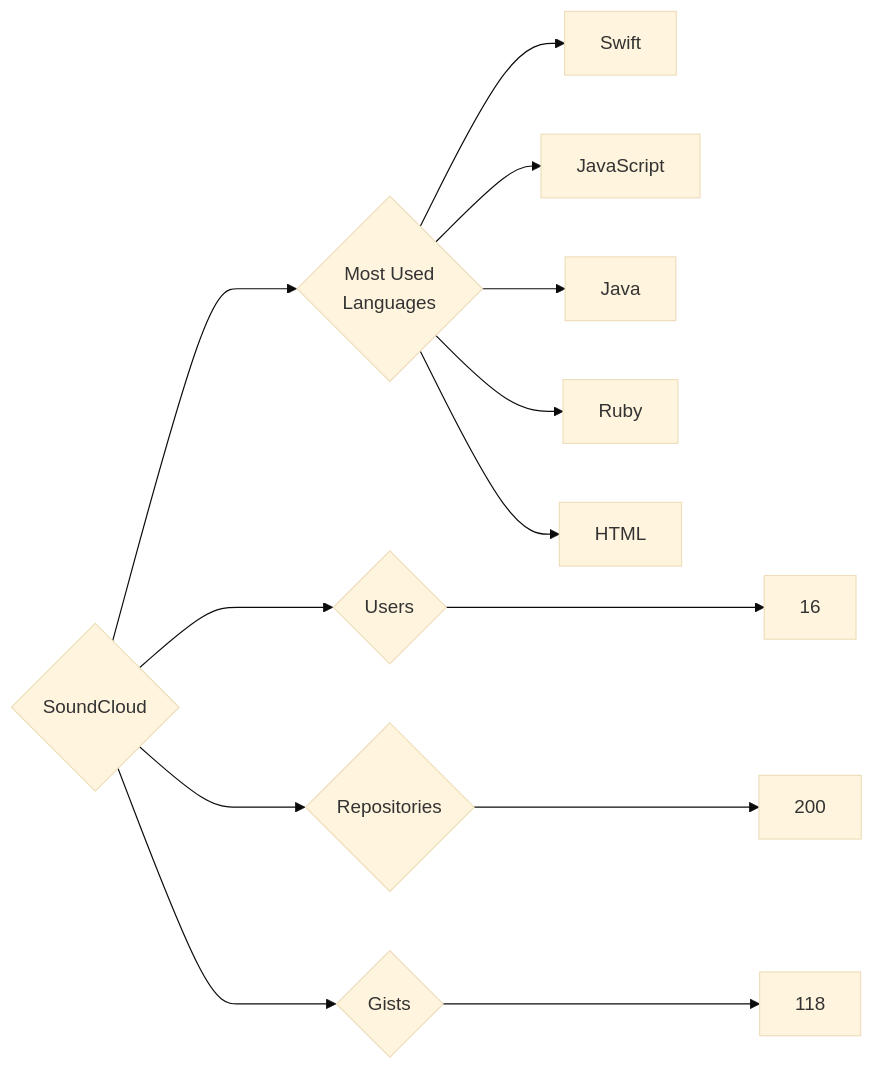
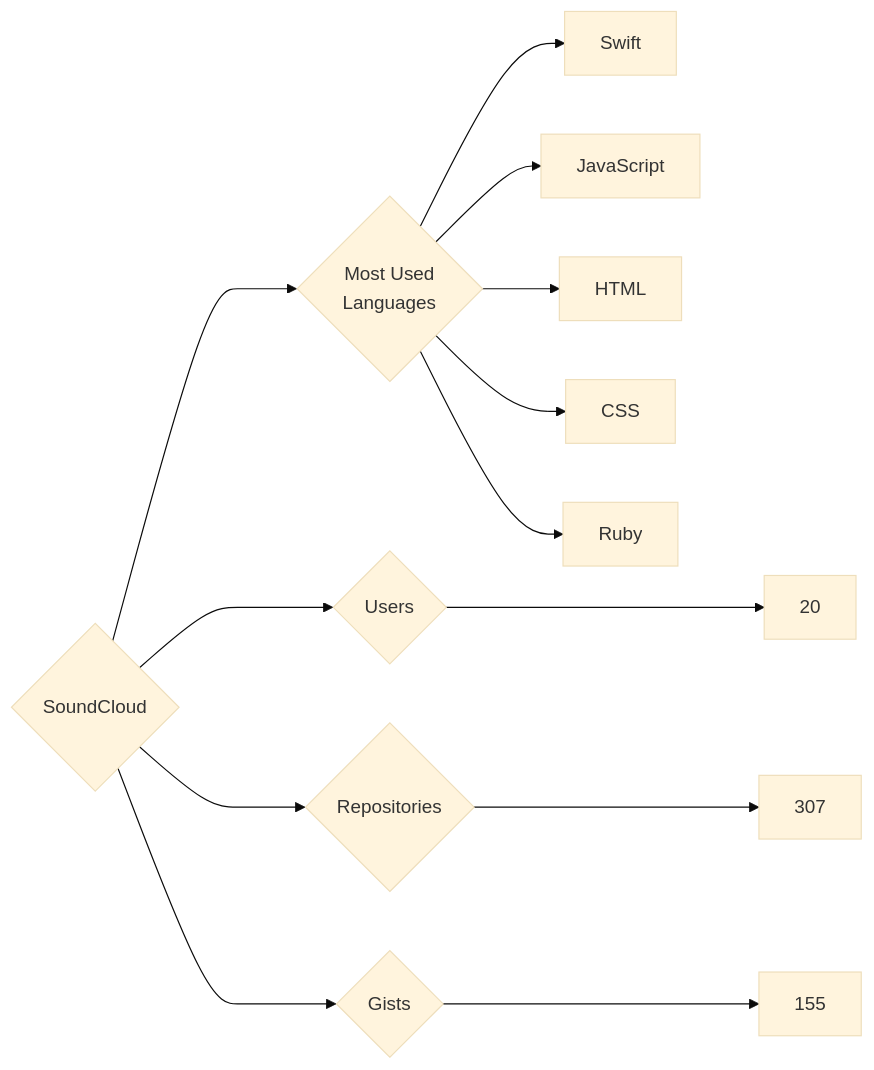
The diagram in targets/SoundCloud/README.md (trickest/insiders), drawn with Mermaid (base theme) before and after one commit. The commit also changed 835 other files, not shown here.

````diff
--- a/targets/SoundCloud/README.md
+++ b/targets/SoundCloud/README.md
@@ -3,13 +3,13 @@
 ```mermaid
 graph LR
 COMPANY_NAME{SoundCloud}
-COMPANY_NAME ---> U{Users} ---> UN[16]
-COMPANY_NAME ---> R{Repositories} ---> RN[200]
-COMPANY_NAME ---> G{Gists} ---> GN[118]
+COMPANY_NAME ---> U{Users} ---> UN[20]
+COMPANY_NAME ---> R{Repositories} ---> RN[307]
+COMPANY_NAME ---> G{Gists} ---> GN[155]
 COMPANY_NAME ---> ML{Most Used<br>Languages}
 ML --> Swift[Swift]
 ML --> JavaScript[JavaScript]
-ML --> Java[Java]
+ML --> HTML[HTML]
+ML --> CSS[CSS]
 ML --> Ruby[Ruby]
-ML --> HTML[HTML]
 ```
````
